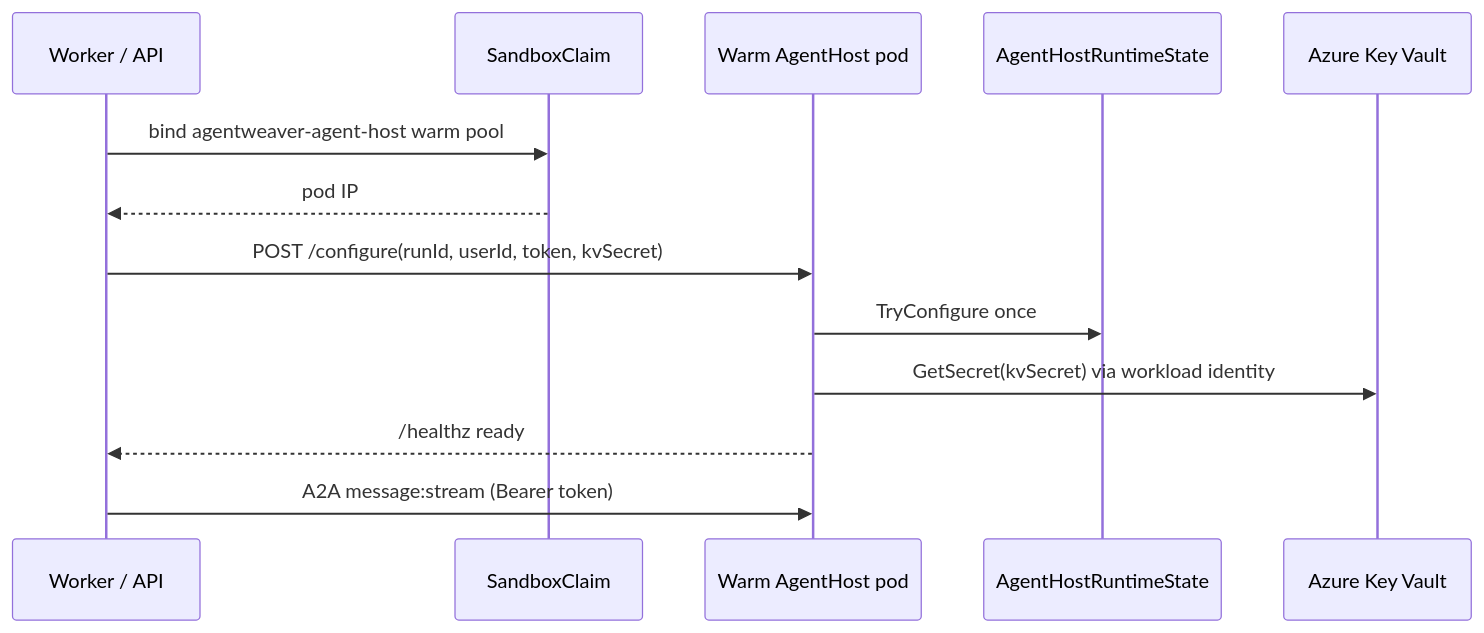
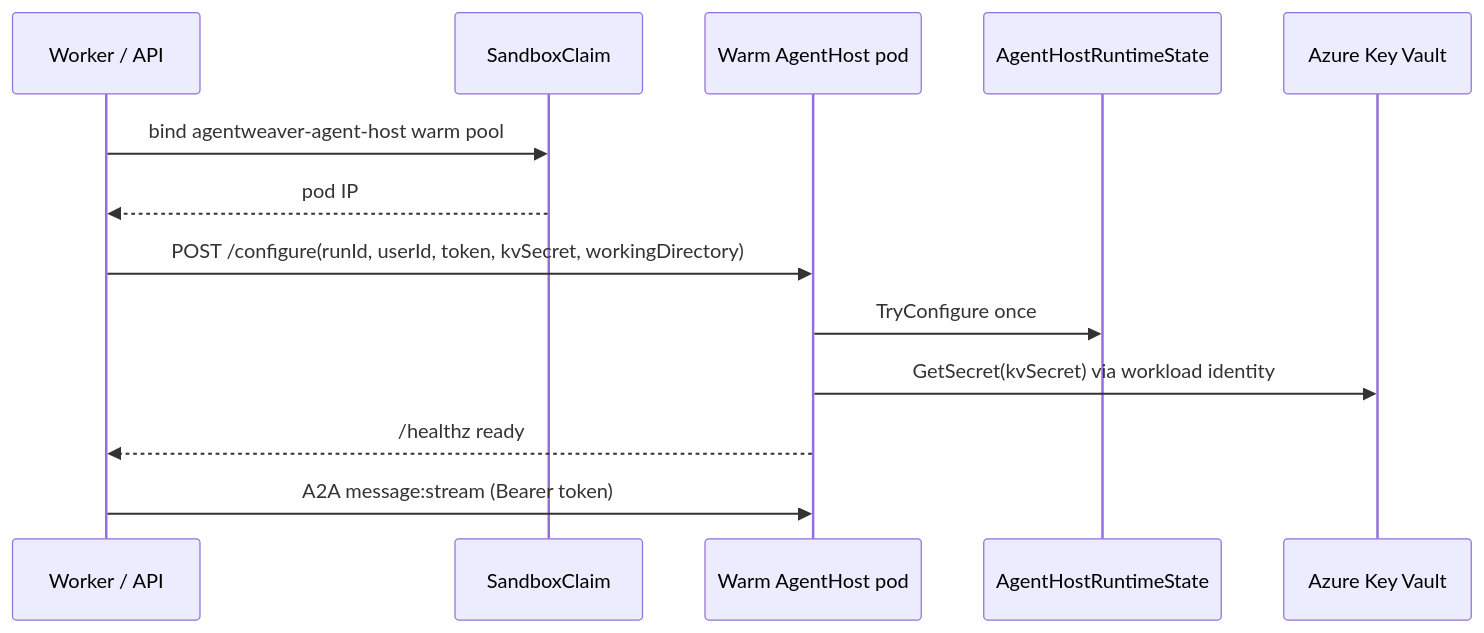
The first of 2 diagrams in docs/reference/sandbox-pods.md (sabbour/agentweaver), drawn with Mermaid before and after one commit. The commit also changed other lines of this file and 7 other files, not shown here.

Commit message:
docs: document per-run workingDirectory delivery via /configure

````diff
--- a/docs/reference/sandbox-pods.md
+++ b/docs/reference/sandbox-pods.md
@@ -87,15 +102,15 @@
 ```mermaid
 sequenceDiagram
     participant Worker as Worker / API
     participant Claim as SandboxClaim
     participant Host as Warm AgentHost pod
     participant State as AgentHostRuntimeState
     participant KV as Azure Key Vault
     Worker->>Claim: bind agentweaver-agent-host warm pool
     Claim-->>Worker: pod IP
-    Worker->>Host: POST /configure(runId, userId, token, kvSecret)
+    Worker->>Host: POST /configure(runId, userId, token, kvSecret, workingDirectory)
     Host->>State: TryConfigure once
     Host->>KV: GetSecret(kvSecret) via workload identity
     Host-->>Worker: /healthz ready
     Worker->>Host: A2A message:stream (Bearer token)
 ```
````
